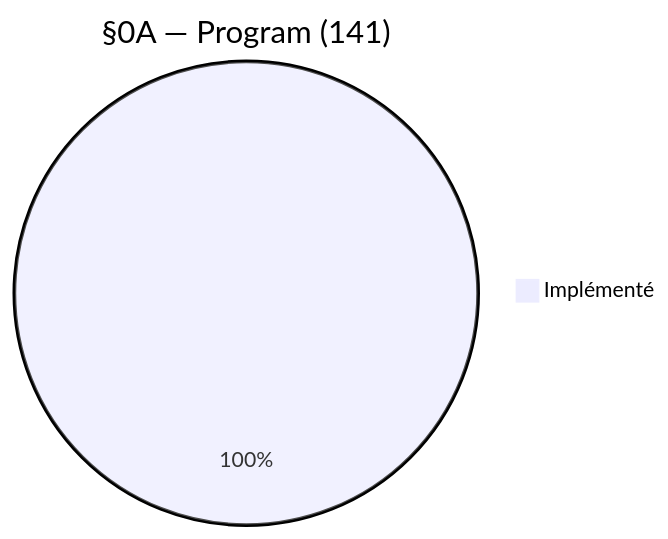
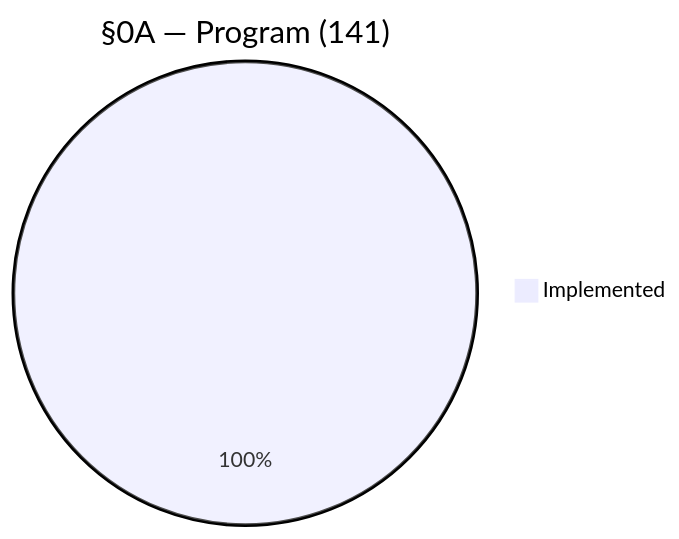
One commit to xplorer2716/XS56K changed the sixth of 14 diagrams in process/3.plan/SUMMARY-akm-sections-coverage.md. Above: the diagram before and after it, drawn with Mermaid. The commit also changed other lines of this file, not shown here.

````diff
--- a/process/3.plan/SUMMARY-akm-sections-coverage.md
+++ b/process/3.plan/SUMMARY-akm-sections-coverage.md
@@ -49,4 +49,4 @@
 ```mermaid
 pie title §0A — Program (141)
-    "Implémenté" : 141
+    "Implemented" : 141
 ```
````
